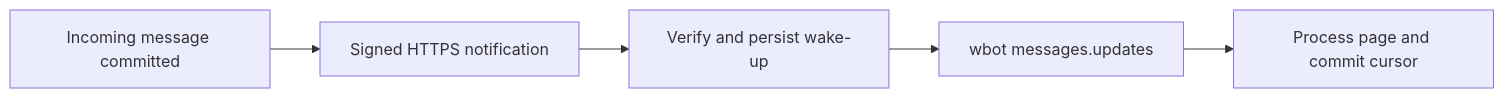
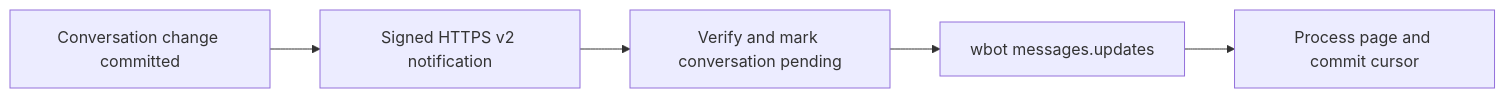
The diagram in examples/webhook/README.md (celados/wbot), drawn with Mermaid before and after one commit. The commit also changed other lines of this file and 22 other files, not shown here.

````diff
--- a/examples/webhook/README.md
+++ b/examples/webhook/README.md
@@ -10,7 +11,7 @@
 ```mermaid
 flowchart LR
-  A[Incoming message committed] --> B[Signed HTTPS notification]
-  B --> C[Verify and persist wake-up]
+  A[Conversation change committed] --> B[Signed HTTPS v2 notification]
+  B --> C[Verify and mark conversation pending]
   C --> D[wbot messages.updates]
   D --> E[Process page and commit cursor]
 ```
````
